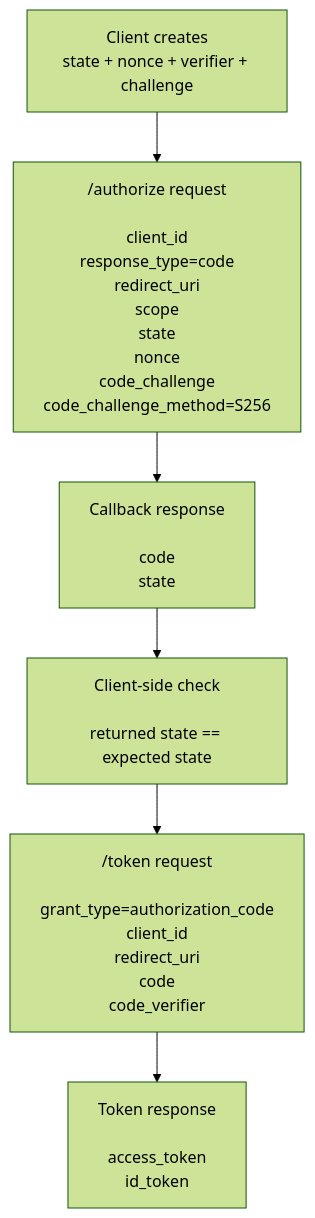
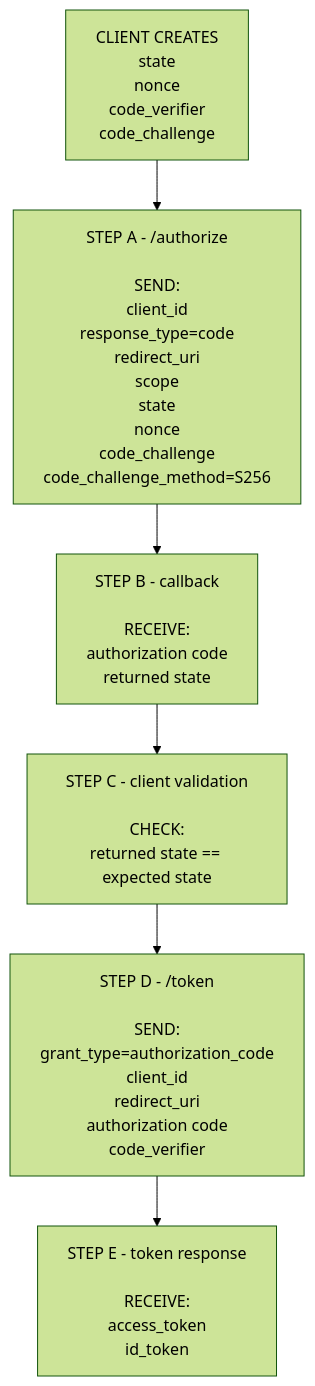
The fourth of 8 diagrams in diagrams/day-03-authorization-code-pkce.md (TedxHarry/OAuth-OIDC), drawn with Mermaid (forest theme) before and after one commit. The commit also changed other lines of this file, not shown here.

Commit message:
Clarify Day 3 conceptual and lab diagrams

````diff
--- a/diagrams/day-03-authorization-code-pkce.md
+++ b/diagrams/day-03-authorization-code-pkce.md
@@ -100,16 +148,16 @@
 ```mermaid
 flowchart TB
-    START["Client creates<br/>state + nonce + verifier + challenge"]
+    START["CLIENT CREATES<br/>state<br/>nonce<br/>code_verifier<br/>code_challenge"]
 
-    AUTH["/authorize request<br/><br/>client_id<br/>response_type=code<br/>redirect_uri<br/>scope<br/>state<br/>nonce<br/>code_challenge<br/>code_challenge_method=S256"]
+    AUTH["STEP A - /authorize<br/><br/>SEND:<br/>client_id<br/>response_type=code<br/>redirect_uri<br/>scope<br/>state<br/>nonce<br/>code_challenge<br/>code_challenge_method=S256"]
 
-    CALLBACK["Callback response<br/><br/>code<br/>state"]
+    CALLBACK["STEP B - callback<br/><br/>RECEIVE:<br/>authorization code<br/>returned state"]
 
-    CHECK["Client-side check<br/><br/>returned state == expected state"]
+    CHECK["STEP C - client validation<br/><br/>CHECK:<br/>returned state == expected state"]
 
-    TOKEN["/token request<br/><br/>grant_type=authorization_code<br/>client_id<br/>redirect_uri<br/>code<br/>code_verifier"]
+    TOKEN["STEP D - /token<br/><br/>SEND:<br/>grant_type=authorization_code<br/>client_id<br/>redirect_uri<br/>authorization code<br/>code_verifier"]
 
-    RESULT["Token response<br/><br/>access_token<br/>id_token"]
+    RESULT["STEP E - token response<br/><br/>RECEIVE:<br/>access_token<br/>id_token"]
 
     START --> AUTH --> CALLBACK --> CHECK --> TOKEN --> RESULT
 ```
````
